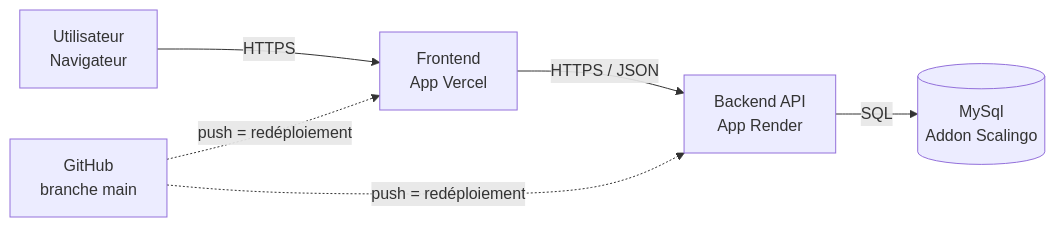
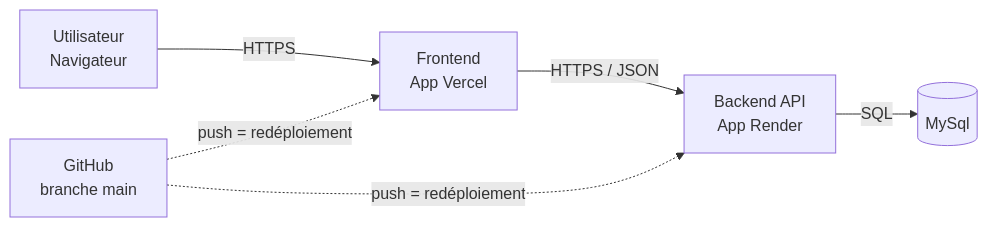
One commit to Evanfever13/Projet_Hebergement changed the diagram in README.md. Above: the diagram before and after it, drawn with Mermaid. The commit also changed other lines of this file, not shown here.

````diff
--- a/README.md
+++ b/README.md
@@ -22,8 +22,8 @@
 ```mermaid
 flowchart LR
     U[Utilisateur<br/>Navigateur] -->|HTTPS| F[Frontend<br/>App Vercel]
     F -->|HTTPS / JSON| B[Backend API<br/>App Render]
-    B -->|SQL| D[(MySql<br/>Addon Scalingo)]
+    B -->|SQL| D[(MySql)]
     G[GitHub<br/>branche main] -.->|push = redéploiement| F
     G -.->|push = redéploiement| B
 ```
````
